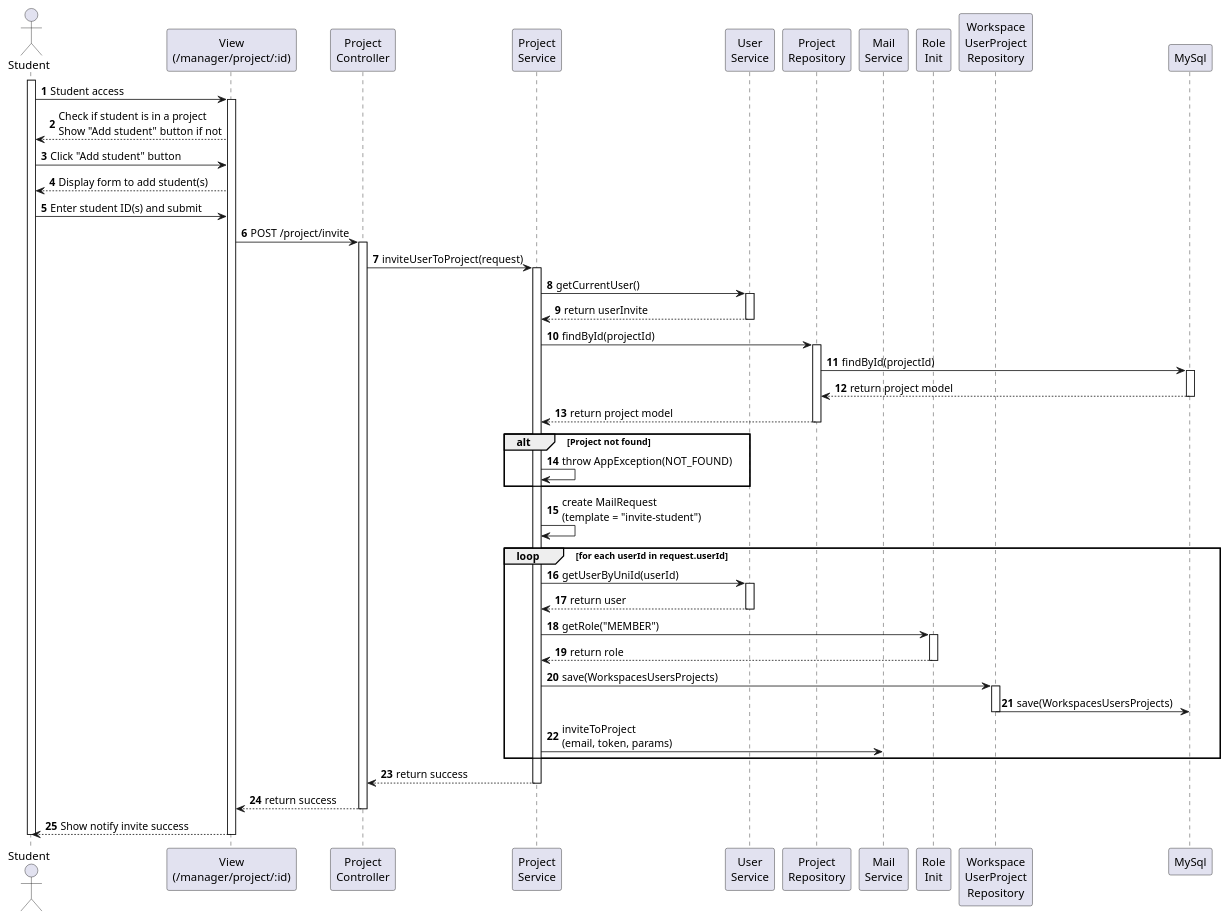
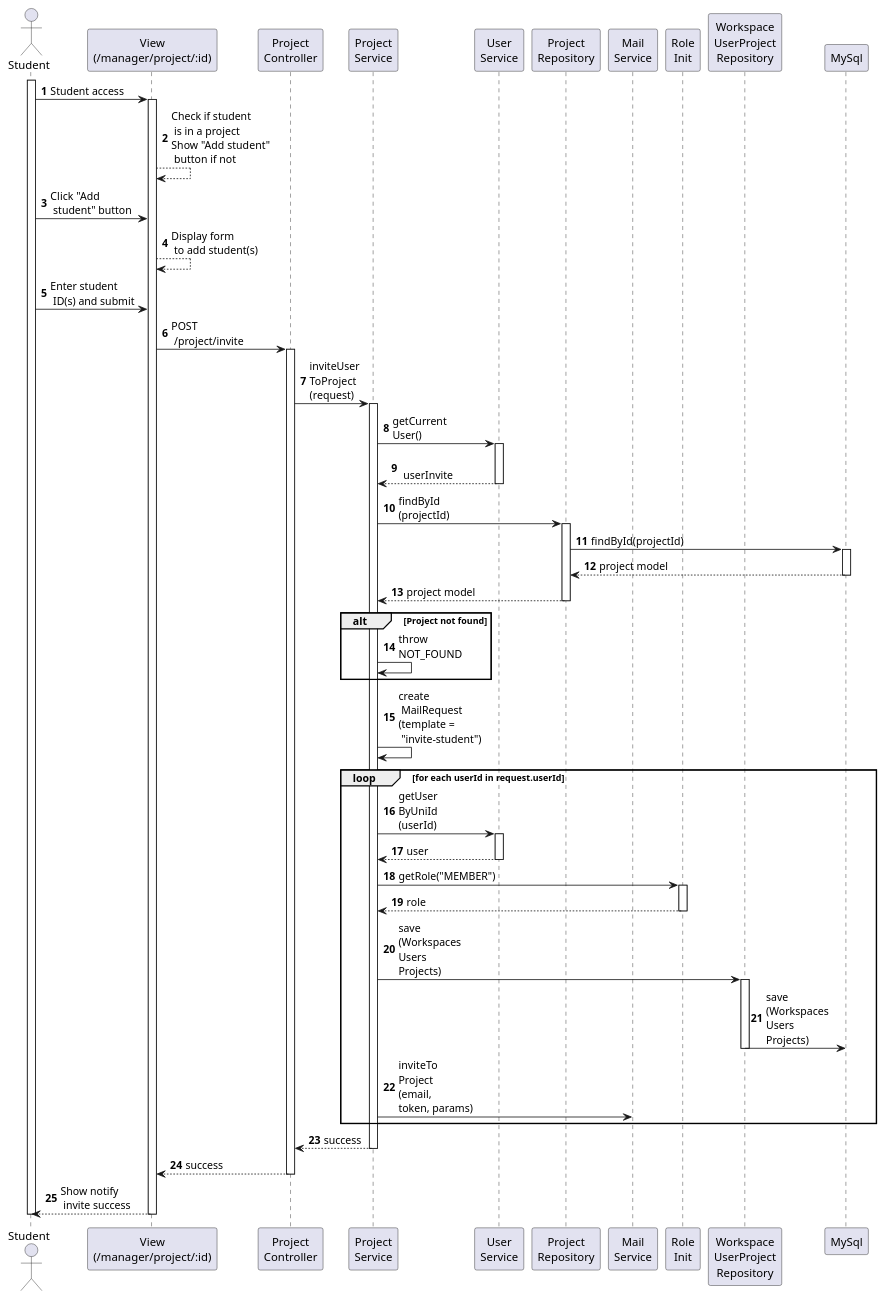
Before and after one commit to tandang2003/KLTN-Agile-Scrum-Tuan-Duc: the diagram in swagger/sequence/student/project_invite.puml, drawn with PlantUML. The commit also changed 29 other files, not shown here.

Commit message:
add sequence

```diff
--- a/swagger/sequence/student/project_invite.puml
+++ b/swagger/sequence/student/project_invite.puml
@@ -1,68 +1,68 @@
 @startuml
 autonumber
 
 actor "Student" as SV
 participant "View\n(/manager/project/:id)" as View
 participant "Project\nController" as Controller
 participant "Project\nService" as Service
 participant "User\nService" as UserService
 participant "Project\nRepository" as ProjectRepo
 participant "Mail\nService" as MailService
 participant "Role\nInit" as RoleInit
 participant "Workspace\nUserProject\nRepository" as WUPRepo
 participant "MySql" as MySQL
 
 activate SV
 SV -> View : Student access
 activate View
-View --> SV : Check if student is in a project\nShow "Add student" button if not
-SV -> View : Click "Add student" button
-View --> SV : Display form to add student(s)
-SV -> View : Enter student ID(s) and submit
-View -> Controller : POST /project/invite
+View --> View : Check if student \n is in a project\nShow "Add student" \n button if not
+SV -> View : Click "Add \n student" button
+View --> View : Display form \n to add student(s)
+SV -> View : Enter student \n ID(s) and submit
+View -> Controller : POST \n /project/invite
 activate Controller
-Controller -> Service : inviteUserToProject(request)
+Controller -> Service : inviteUser\nToProject\n(request)
 
 activate Service
-Service -> UserService : getCurrentUser()
+Service -> UserService : getCurrent\nUser()
 activate UserService
-UserService --> Service : return userInvite
+UserService --> Service :  \n userInvite
 deactivate UserService
-Service -> ProjectRepo : findById(projectId)
+Service -> ProjectRepo : findById\n(projectId)
 activate ProjectRepo
 ProjectRepo -> MySQL: findById(projectId)
 activate MySQL
-MySQL --> ProjectRepo: return project model
+MySQL --> ProjectRepo:  project model
 deactivate MySQL
-ProjectRepo --> Service : return project model
+ProjectRepo --> Service :  project model
 deactivate ProjectRepo
 alt Project not found
-    Service -> Service : throw AppException(NOT_FOUND)
+    Service -> Service : throw \nNOT_FOUND
 end
 
-Service -> Service : create MailRequest\n(template = "invite-student")
+Service -> Service : create \n MailRequest\n(template = \n "invite-student")
 
 loop for each userId in request.userId
-    Service -> UserService : getUserByUniId(userId)
+    Service -> UserService : getUser\nByUniId\n(userId)
     activate UserService
-    UserService --> Service : return user
+    UserService --> Service :  user
     deactivate UserService
     Service -> RoleInit : getRole("MEMBER")
     activate RoleInit
-    RoleInit --> Service : return role
+    RoleInit --> Service :  role
     deactivate RoleInit
-    Service -> WUPRepo : save(WorkspacesUsersProjects)
+    Service -> WUPRepo : save\n(Workspaces\nUsers\nProjects)
     activate WUPRepo
-    WUPRepo -> MySQL: save(WorkspacesUsersProjects)
+    WUPRepo -> MySQL: save\n(Workspaces\nUsers\nProjects)
 
     deactivate WUPRepo
-    Service -> MailService : inviteToProject\n(email, token, params)
+    Service -> MailService : inviteTo\nProject\n(email, \ntoken, params)
 end
-Service --> Controller : return success
+Service --> Controller :  success
 deactivate Service
-Controller --> View : return success
+Controller --> View :  success
 deactivate Controller
-View --> SV: Show notify invite success
+View --> SV: Show notify \n invite success
 deactivate View
 deactivate SV
 @enduml
```
